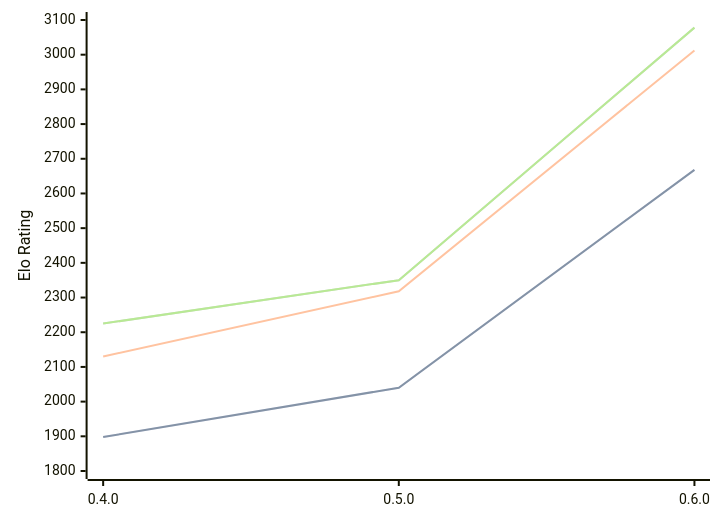
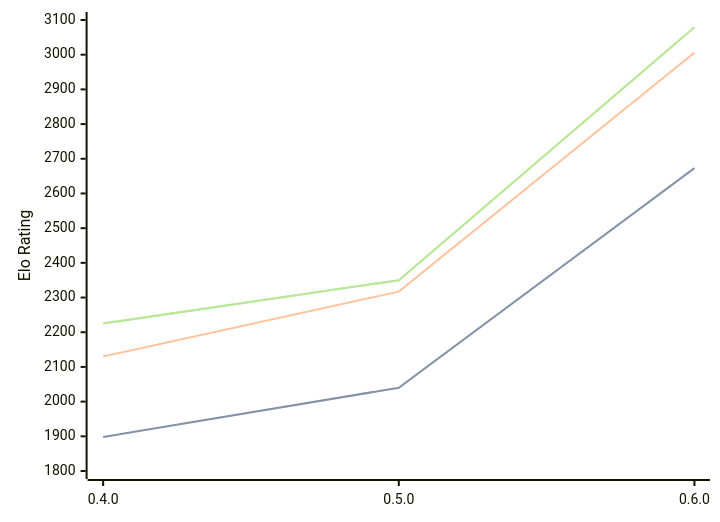
One commit to computer-chess-index/cci changed the diagram in engines/Atenika.md. Above: the diagram before and after it, drawn with Mermaid. The commit also changed other lines of this file, not shown here.

Commit message:
Update CCI Ratings (ELO VLTC) - 2026-09-17

````diff
--- a/engines/Atenika.md
+++ b/engines/Atenika.md
@@ -33,11 +33,11 @@
 ```mermaid
 %%{init: {"theme":"base","themeVariables":{"seriesColors:['#a3a3a3','#222221','#faa371']}}}%%
 xychart-beta
   x-axis ["0.4.0", "0.5.0", "0.6.0"]
   y-axis "Elo Rating" 1800 --> 3100
-  line "" [1898, 2040, 2668]
-  line "STC (8.0+0.08s)" [1898, 2040, 2668]
-  line "LTC (60.0+0.60s)" [2130, 2318, 3012]
-  line "" [2225, 2350, 3078]
-  line "VLTC (2m24s+1.12s)" [2225, 2350, 3078]
+  line "" [1898, 2040, 2673]
+  line "STC (8.0+0.08s)" [1898, 2040, 2673]
+  line "LTC (60.0+0.60s)" [2130, 2317, 3006]
+  line "" [2225, 2350, 3079]
+  line "VLTC (2m24s+1.12s)" [2225, 2350, 3079]
 ```
````
